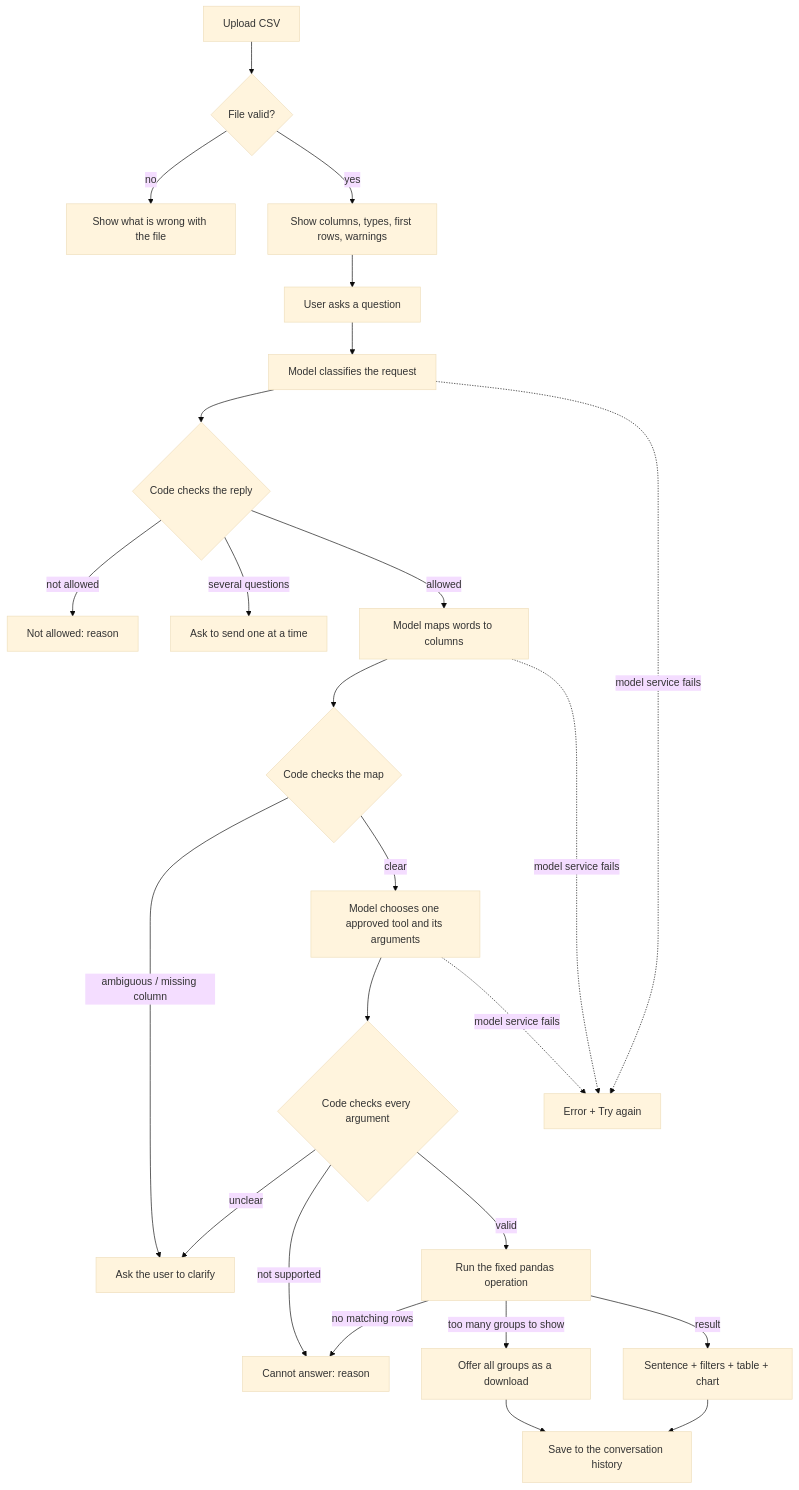
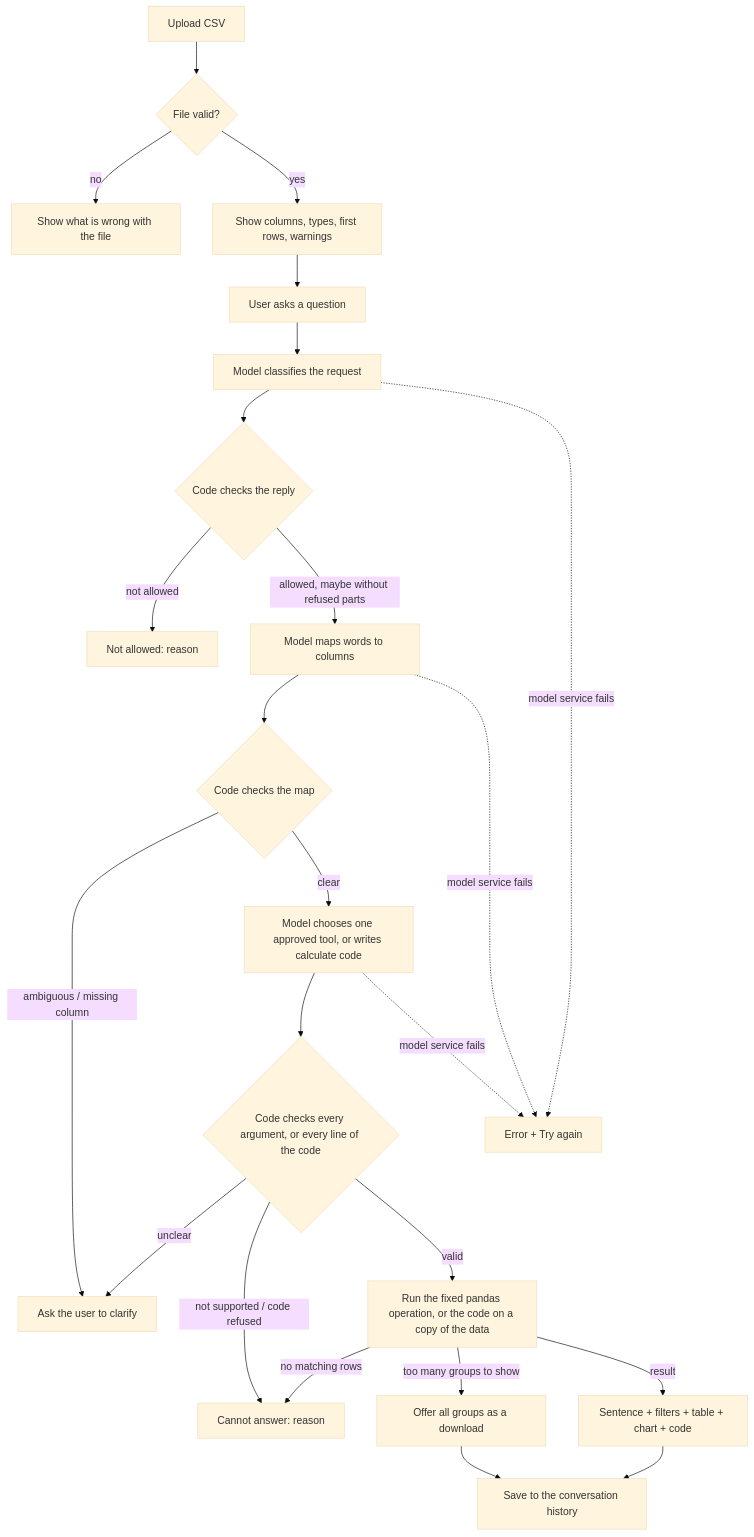
The diagram in PROJECT_PLAN.md (demaabukwaik-dev/ai-data-analyst), drawn with Mermaid (base theme) before and after one commit. The commit also changed other lines of this file and 1 other file, not shown here.

Commit message:
Update the README and project plan for the calculate tool

````diff
--- a/PROJECT_PLAN.md
+++ b/PROJECT_PLAN.md
@@ -132,32 +135,31 @@
 ```mermaid
 flowchart TD
     A[Upload CSV] --> B{File valid?}
     B -- no --> B1[Show what is wrong with the file]
     B -- yes --> C[Show columns, types, first rows, warnings]
     C --> D[User asks a question]
 
     D --> E[Model classifies the request]
     E --> E2{Code checks the reply}
     E2 -- not allowed --> E3[Not allowed: reason]
-    E2 -- several questions --> E4[Ask to send one at a time]
-    E2 -- allowed --> F[Model maps words to columns]
+    E2 -- allowed, maybe without refused parts --> F[Model maps words to columns]
 
     F --> F2{Code checks the map}
     F2 -- ambiguous / missing column --> Q[Ask the user to clarify]
-    F2 -- clear --> G[Model chooses one approved tool and its arguments]
+    F2 -- clear --> G[Model chooses one approved tool, or writes calculate code]
 
-    G --> H{Code checks every argument}
+    G --> H{Code checks every argument, or every line of the code}
     H -- unclear --> Q
-    H -- not supported --> X[Cannot answer: reason]
-    H -- valid --> I[Run the fixed pandas operation]
+    H -- not supported / code refused --> X[Cannot answer: reason]
+    H -- valid --> I[Run the fixed pandas operation, or the code on a copy of the data]
 
     I -- no matching rows --> X
     I -- too many groups to show --> I2[Offer all groups as a download]
-    I -- result --> J[Sentence + filters + table + chart]
+    I -- result --> J[Sentence + filters + table + chart + code]
     J --> K[Save to the conversation history]
     I2 --> K
 
     E -. model service fails .-> R[Error + Try again]
     F -. model service fails .-> R
     G -. model service fails .-> R
 ```
````
